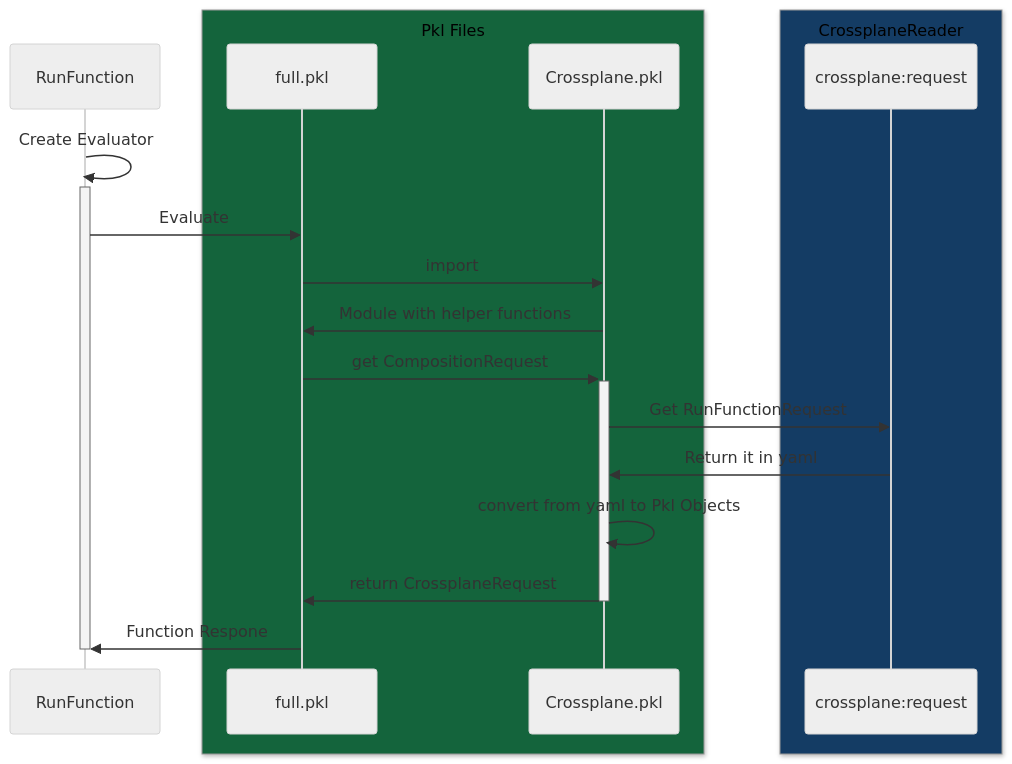
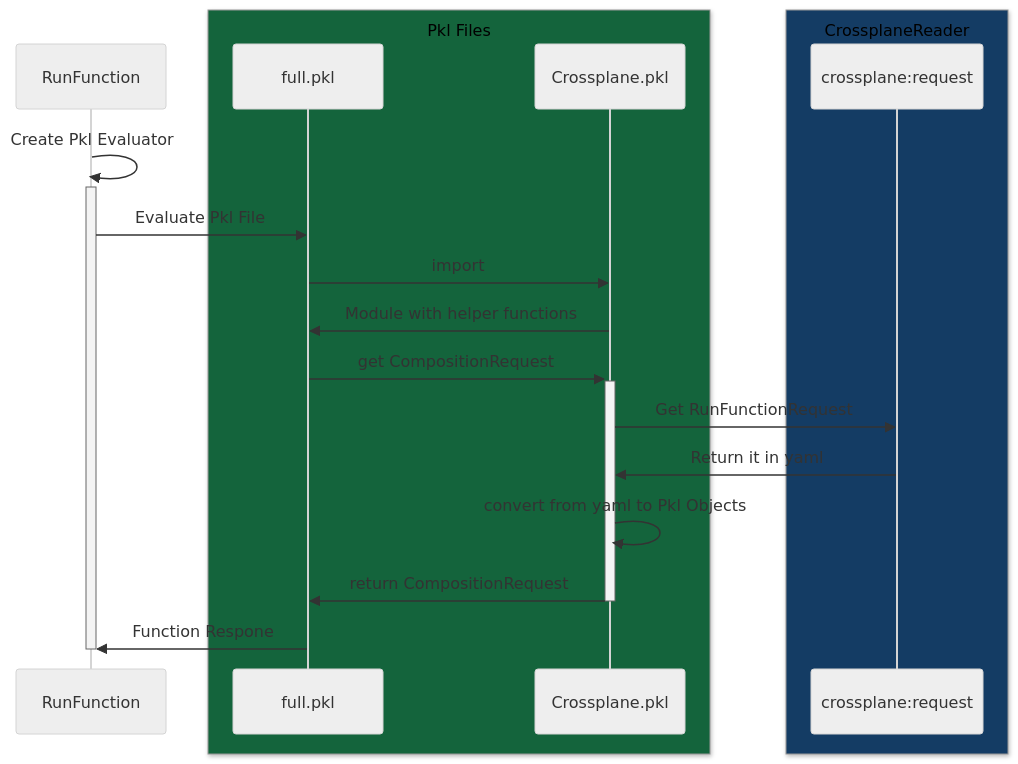
The diagram in README.md (crossplane-contrib/function-pkl), drawn with Mermaid (neutral theme) before and after one commit. The commit also changed other lines of this file and 5 other files, not shown here.

````diff
--- a/README.md
+++ b/README.md
@@ -47,24 +127,24 @@
 ```mermaid
 sequenceDiagram
     participant fun as RunFunction
     box rgb(20, 100, 60) Pkl Files
         participant full.pkl as full.pkl
         participant c.pkl as Crossplane.pkl
     end
     box rgb(20,60,100) CrossplaneReader
         participant c.r as crossplane:request
     end
 
-    fun->>fun: Create Evaluator
+    fun->>fun: Create Pkl Evaluator
     activate fun
-    fun->>full.pkl: Evaluate
+    fun->>full.pkl: Evaluate Pkl File
     full.pkl->>c.pkl: import
     c.pkl->>full.pkl: Module with helper functions
     full.pkl->>+c.pkl: get CompositionRequest
         c.pkl->>c.r: Get RunFunctionRequest
         c.r->>c.pkl: Return it in yaml
         c.pkl->>c.pkl: convert from yaml to Pkl Objects
-    c.pkl->>-full.pkl: return CrossplaneRequest
+    c.pkl->>-full.pkl: return CompositionRequest
     full.pkl->>fun: Function Respone
     deactivate fun
 ```
````
